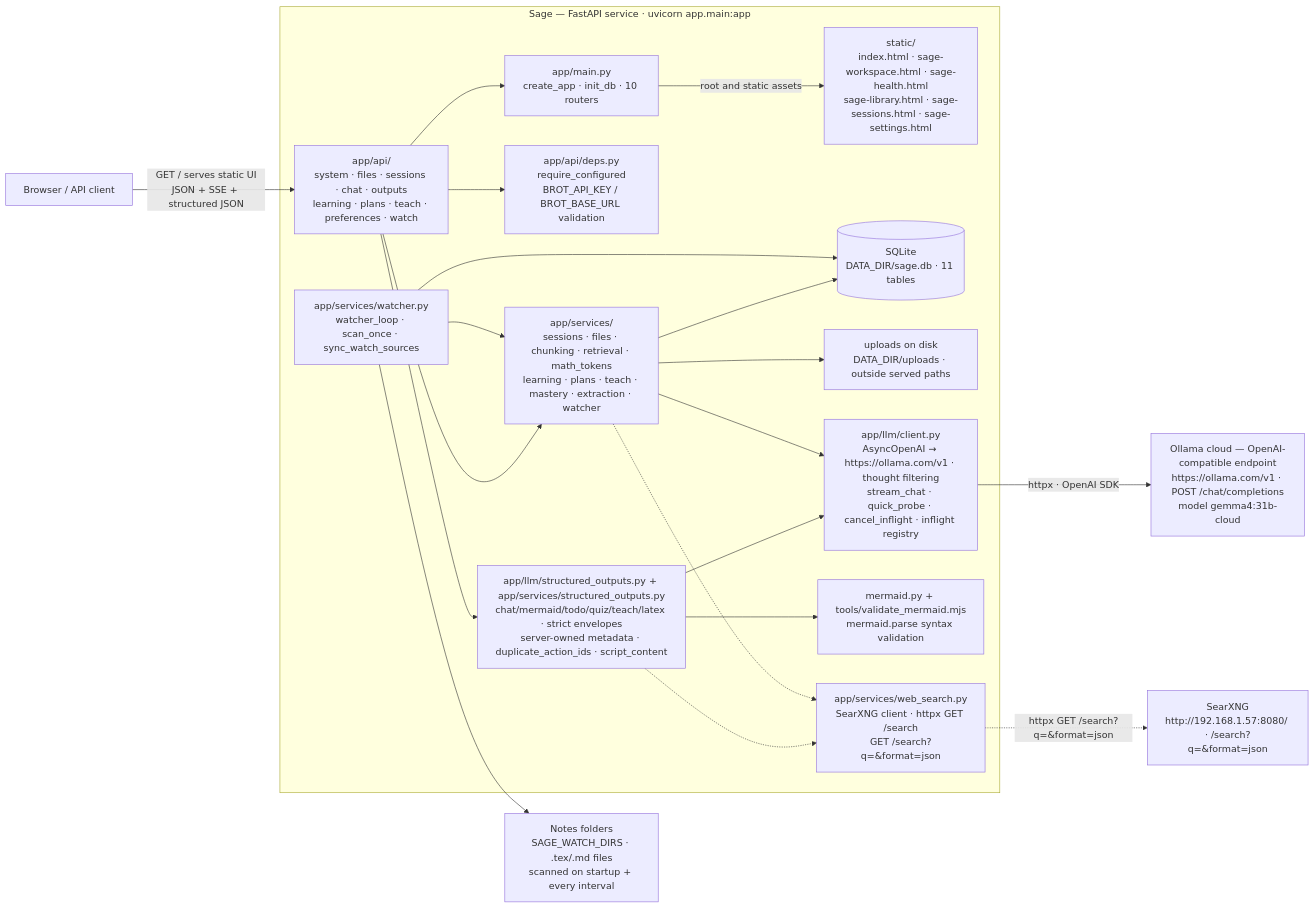
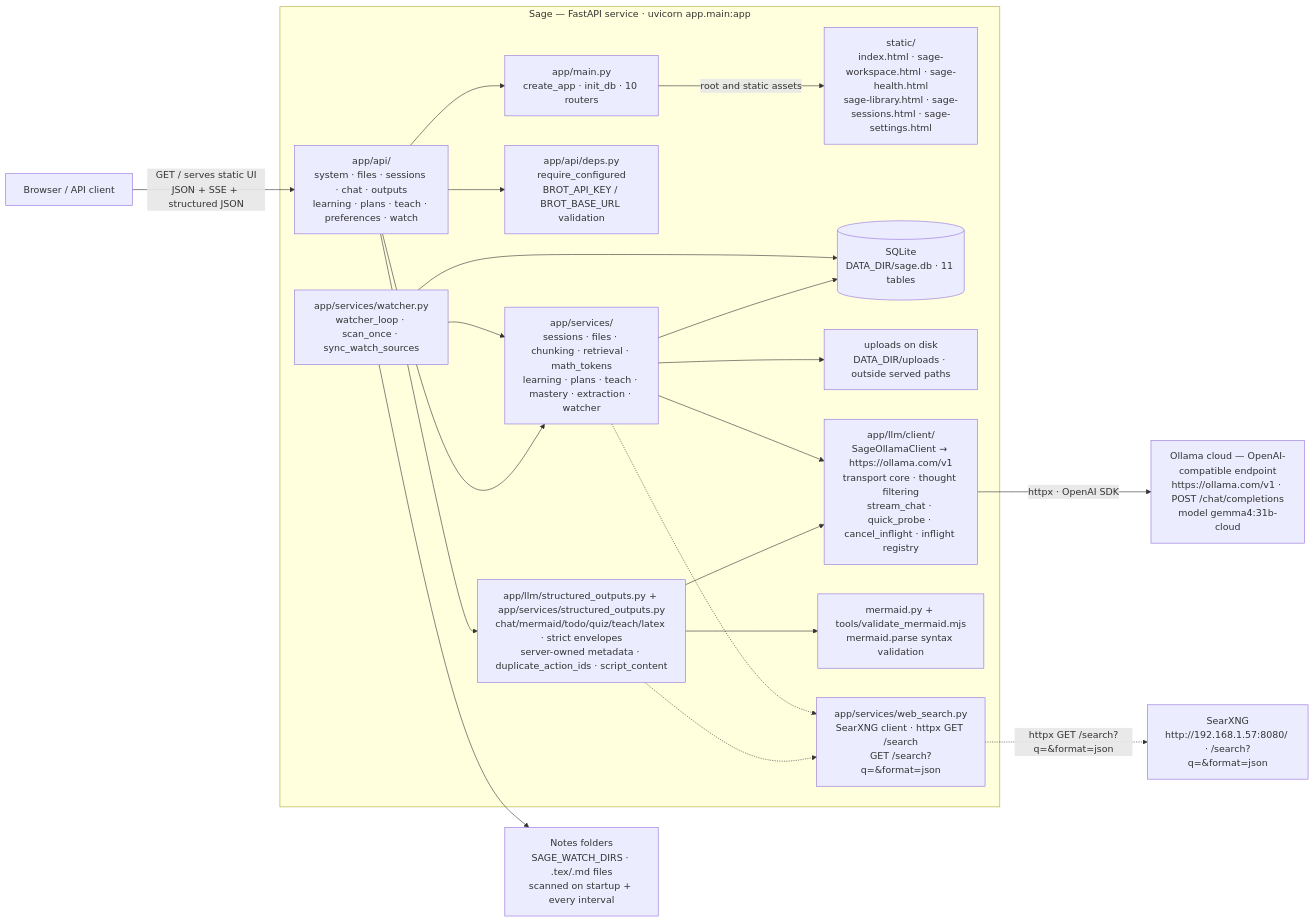
Before and after one commit to totallynotbrent/Sage: the first of 5 diagrams in README.md, drawn with Mermaid. The commit also changed other lines of this file and 19 other files, not shown here.

````diff
--- a/README.md
+++ b/README.md
@@ -101,40 +113,40 @@
 ```mermaid
 flowchart LR
     CLIENT["Browser / API client"] -->|"GET / serves static UI<br/>JSON + SSE + structured JSON"| API
     B["Ollama cloud — OpenAI-compatible endpoint<br/>https://ollama.com/v1 · POST /chat/completions<br/>model gemma4:31b-cloud"]
     SEARXNG["SearXNG<br/>http://192.168.1.57:8080/ · /search?q=&format=json"]
 
     subgraph APP["Sage — FastAPI service · uvicorn app.main:app"]
         MAIN["app/main.py<br/>create_app · init_db · 10 routers"]
         UI["static/<br/>index.html · sage-workspace.html · sage-health.html<br/>sage-library.html · sage-sessions.html · sage-settings.html"]
         API["app/api/<br/>system · files · sessions · chat · outputs<br/>learning · plans · teach · preferences · watch"]
         DEPS["app/api/deps.py<br/>require_configured<br/>BROT_API_KEY / BROT_BASE_URL validation"]
         SVC["app/services/<br/>sessions · files · chunking · retrieval · math_tokens<br/>learning · plans · teach · mastery · extraction · watcher"]
         WATCH["app/services/watcher.py<br/>watcher_loop · scan_once · sync_watch_sources"]
         DB[("SQLite<br/>DATA_DIR/sage.db · 11 tables")]
         UP["uploads on disk<br/>DATA_DIR/uploads · outside served paths"]
-        LLM["app/llm/client.py<br/>AsyncOpenAI → https://ollama.com/v1 · thought filtering<br/>stream_chat · quick_probe · cancel_inflight · inflight registry"]
+        LLM["app/llm/client/<br/>SageOllamaClient → https://ollama.com/v1<br/>transport core · thought filtering<br/>stream_chat · quick_probe · cancel_inflight · inflight registry"]
         STRUCT["app/llm/structured_outputs.py + app/services/structured_outputs.py<br/>chat/mermaid/todo/quiz/teach/latex · strict envelopes<br/>server-owned metadata · duplicate_action_ids · script_content"]
         MERMAID["mermaid.py + tools/validate_mermaid.mjs<br/>mermaid.parse syntax validation"]
         WEBSEARCH["app/services/web_search.py<br/>SearXNG client · httpx GET /search<br/>GET /search?q=&format=json"]
     end
     NOTES["Notes folders<br/>SAGE_WATCH_DIRS · .tex/.md files<br/>scanned on startup + every interval"]
 
     API --> MAIN
     MAIN -->|"root and static assets"| UI
     API --> DEPS
     API --> SVC
     API --> STRUCT
     STRUCT --> MERMAID
     STRUCT --> LLM
     STRUCT -.-> WEBSEARCH
     SVC --> DB
     SVC --> UP
     SVC --> LLM
     SVC -.-> WEBSEARCH
     WEBSEARCH -.->|"httpx GET /search?q=&format=json"| SEARXNG
     WATCH --> NOTES
     WATCH --> DB
     WATCH --> SVC
     LLM -->|"httpx · OpenAI SDK"| B
 ```
````
